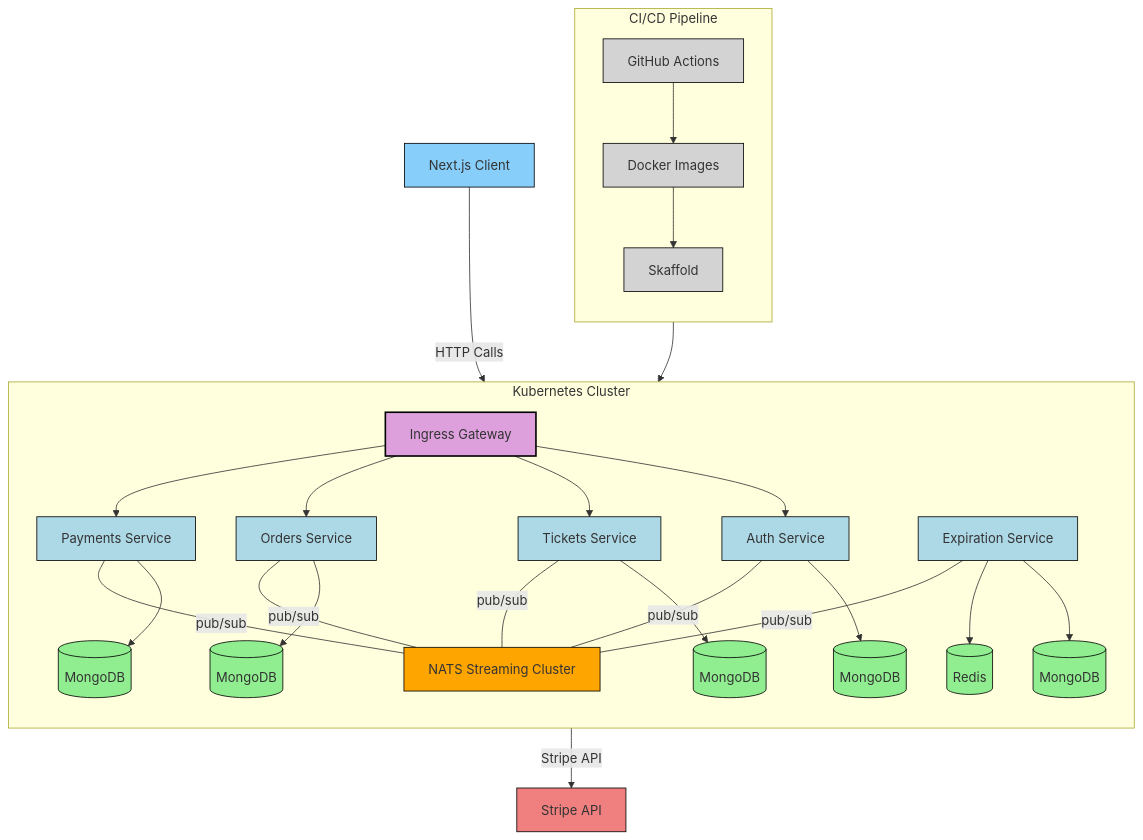
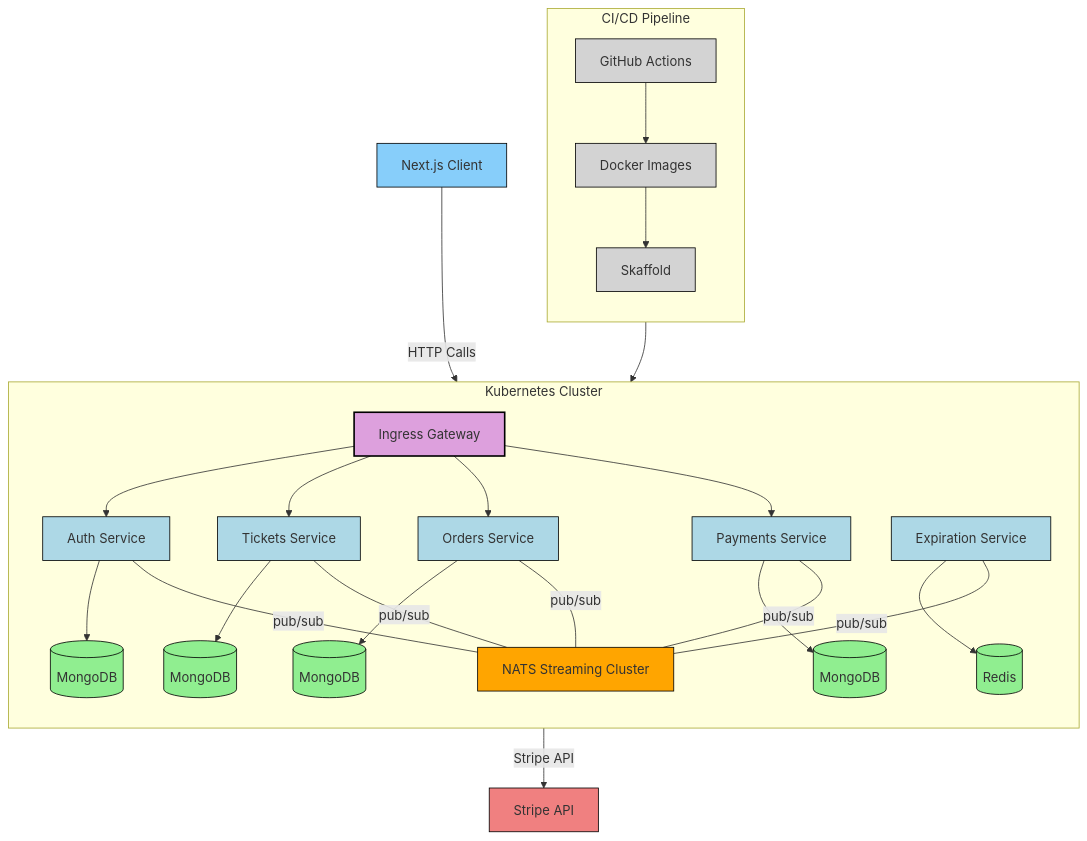
Before and after one commit to DucAnhLe1992/ticket-booking-app: the diagram in README.md, drawn with Mermaid.

````diff
--- a/README.md
+++ b/README.md
@@ -186,73 +186,71 @@
 ```mermaid
 flowchart TD
     subgraph "Kubernetes Cluster"
         direction TB
         Ingress["Ingress Gateway"]:::infra
         AuthS["Auth Service"]:::service
         AuthDB[(MongoDB)]:::db
         TicketsS["Tickets Service"]:::service
         TicketsDB[(MongoDB)]:::db
         OrdersS["Orders Service"]:::service
         OrdersDB[(MongoDB)]:::db
         PaymentsS["Payments Service"]:::service
         PaymentsDB[(MongoDB)]:::db
         ExpirationS["Expiration Service"]:::service
-        ExpirationDB[(MongoDB)]:::db
         Redis[(Redis)]:::db
         NATS["NATS Streaming Cluster"]:::messagebus
     end
 
     Client["Next.js Client"]:::frontend
     Stripe["Stripe API"]:::external
     subgraph "CI/CD Pipeline"
         direction TB
         GH["GitHub Actions"]:::ci
         Docker["Docker Images"]:::ci
         Skaffold["Skaffold"]:::ci
         GH --> Docker --> Skaffold --> Ingress
     end
 
     Client -->|"HTTP Calls"| Ingress
     Ingress --> AuthS
     Ingress --> TicketsS
     Ingress --> OrdersS
     Ingress --> PaymentsS
 
     AuthS --> AuthDB
     TicketsS --> TicketsDB
     OrdersS --> OrdersDB
     PaymentsS --> PaymentsDB
-    ExpirationS --> ExpirationDB
     ExpirationS --> Redis
 
     AuthS ---|pub/sub| NATS
     TicketsS ---|pub/sub| NATS
     OrdersS ---|pub/sub| NATS
     PaymentsS ---|pub/sub| NATS
     ExpirationS ---|pub/sub| NATS
 
     PaymentsS -->|"Stripe API"| Stripe
 
     classDef service fill:#ADD8E6,stroke:#000,stroke-width:1px
     classDef db fill:#90EE90,stroke:#000,stroke-width:1px,shape:cylinder
     classDef messagebus fill:#FFA500,stroke:#000,stroke-width:1px
     classDef external fill:#F08080,stroke:#000,stroke-width:1px,shape:cloud
     classDef infra fill:#DDA0DD,stroke:#000,stroke-width:2px
     classDef frontend fill:#87CEFA,stroke:#000,stroke-width:1px
     classDef ci fill:#D3D3D3,stroke:#000,stroke-width:1px
 
     click Client "https://github.com/ducanhle1992/ticket-booking-app/tree/main/client/"
     click AuthS "https://github.com/ducanhle1992/ticket-booking-app/blob/main/auth/src/index.ts"
     click AuthDB "https://github.com/ducanhle1992/ticket-booking-app/blob/main/infra/k8s/auth-mongo-depl.yaml"
     click TicketsS "https://github.com/ducanhle1992/ticket-booking-app/blob/main/tickets/src/index.ts"
     click TicketsDB "https://github.com/ducanhle1992/ticket-booking-app/blob/main/infra/k8s/tickets-mongo-depl.yaml"
     click OrdersS "https://github.com/ducanhle1992/ticket-booking-app/blob/main/orders/src/index.ts"
     click OrdersDB "https://github.com/ducanhle1992/ticket-booking-app/blob/main/infra/k8s/orders-mongo-depl.yaml"
     click PaymentsS "https://github.com/ducanhle1992/ticket-booking-app/blob/main/payments/src/stripe.ts"
     click PaymentsDB "https://github.com/ducanhle1992/ticket-booking-app/blob/main/infra/k8s/payments-mongo-depl.yaml"
     click ExpirationS "https://github.com/ducanhle1992/ticket-booking-app/blob/main/expiration/src/index.ts"
     click Redis "https://github.com/ducanhle1992/ticket-booking-app/blob/main/infra/k8s/expiration-redis-depl.yaml"
     click NATS "https://github.com/ducanhle1992/ticket-booking-app/blob/main/infra/k8s/nats-depl.yaml"
     click GH "https://github.com/ducanhle1992/ticket-booking-app/tree/main/.github/workflows/"
     click Skaffold "https://github.com/ducanhle1992/ticket-booking-app/blob/main/skaffold.yaml"
 ```
````
